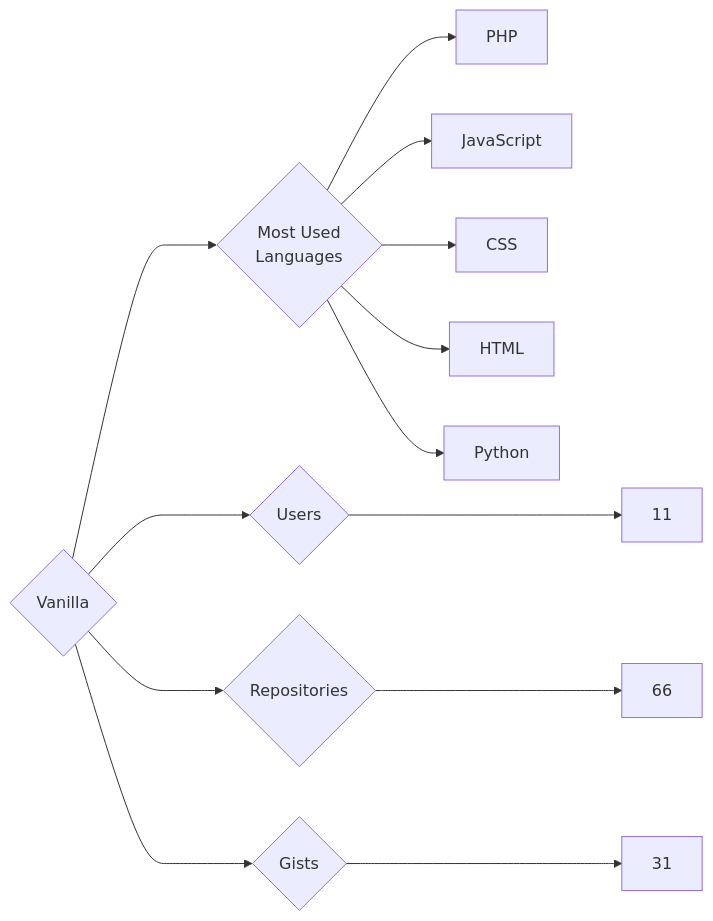
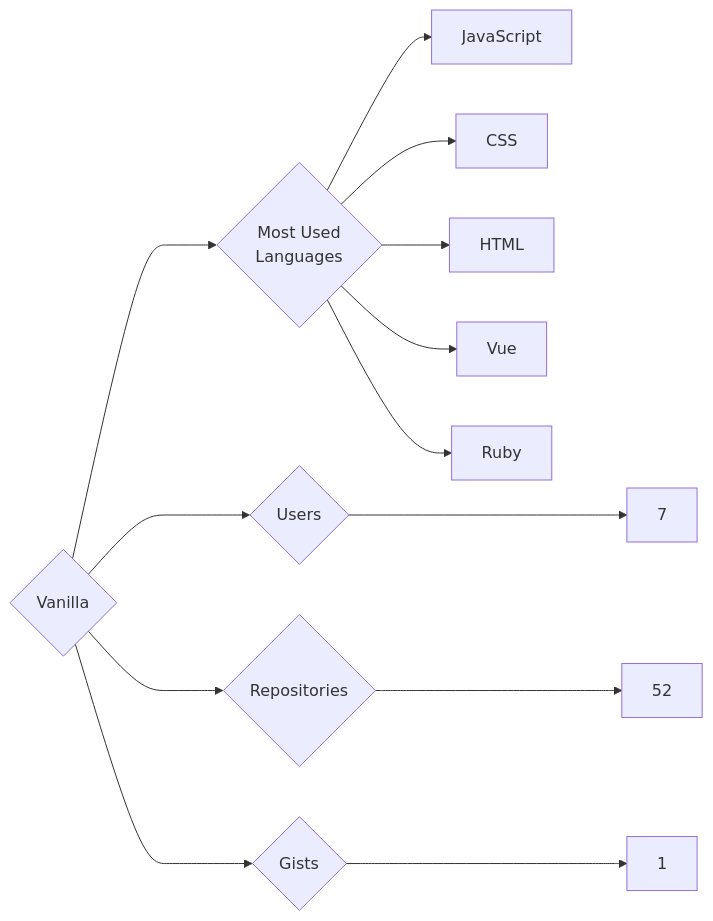
One commit to trickest/insiders changed the diagram in targets/Vanilla/README.md. Above: the diagram before and after it, drawn with Mermaid. The commit also changed 748 other files, not shown here.

````diff
--- a/targets/Vanilla/README.md
+++ b/targets/Vanilla/README.md
@@ -3,13 +3,13 @@
 ```mermaid
 graph LR
 COMPANY_NAME{Vanilla}
-COMPANY_NAME ---> U{Users} ---> UN[11]
-COMPANY_NAME ---> R{Repositories} ---> RN[66]
-COMPANY_NAME ---> G{Gists} ---> GN[31]
+COMPANY_NAME ---> U{Users} ---> UN[7]
+COMPANY_NAME ---> R{Repositories} ---> RN[52]
+COMPANY_NAME ---> G{Gists} ---> GN[1]
 COMPANY_NAME ---> ML{Most Used<br>Languages}
-ML --> PHP[PHP]
 ML --> JavaScript[JavaScript]
 ML --> CSS[CSS]
 ML --> HTML[HTML]
-ML --> Python[Python]
+ML --> Vue[Vue]
+ML --> Ruby[Ruby]
 ```
````
